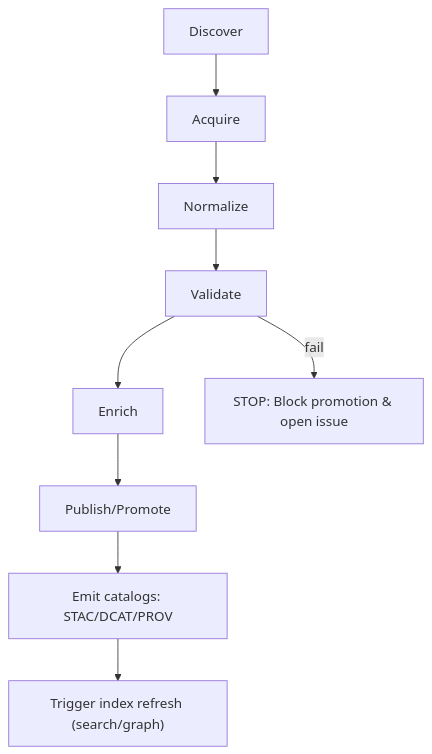
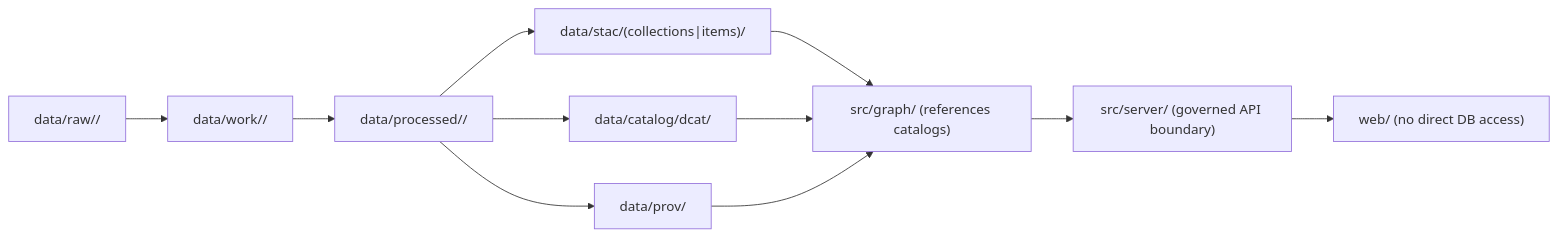
One commit to bartytime4life/Kansas-Frontier-Matrix changed the diagram in tools/data/README.md. Above: the diagram before and after it, drawn with Mermaid. The commit also changed other lines of this file, not shown here.

````diff
--- a/tools/data/README.md
+++ b/tools/data/README.md
@@ -143,11 +34,16 @@
 ```mermaid
-flowchart TD
-  A["Discover"] --> B["Acquire"]
-  B --> C["Normalize"]
-  C --> D["Validate"]
-  D --> E["Enrich"]
-  E --> F["Publish/Promote"]
-  D -->|"fail"| X["STOP: Block promotion & open issue"]
-  F --> G["Emit catalogs: STAC/DCAT/PROV"]
-  G --> H["Trigger index refresh (search/graph)"]
+flowchart LR
+  Raw["data/raw/<domain>/"] --> Work["data/work/<domain>/"]
+  Work --> Processed["data/processed/<domain>/"]
+
+  Processed --> STAC["data/stac/(collections|items)/"]
+  Processed --> DCAT["data/catalog/dcat/"]
+  Processed --> PROV["data/prov/"]
+
+  STAC --> Graph["src/graph/ (references catalogs)"]
+  DCAT --> Graph
+  PROV --> Graph
+
+  Graph --> API["src/server/ (governed API boundary)"]
+  API --> UI["web/ (no direct DB access)"]
 ```
````
